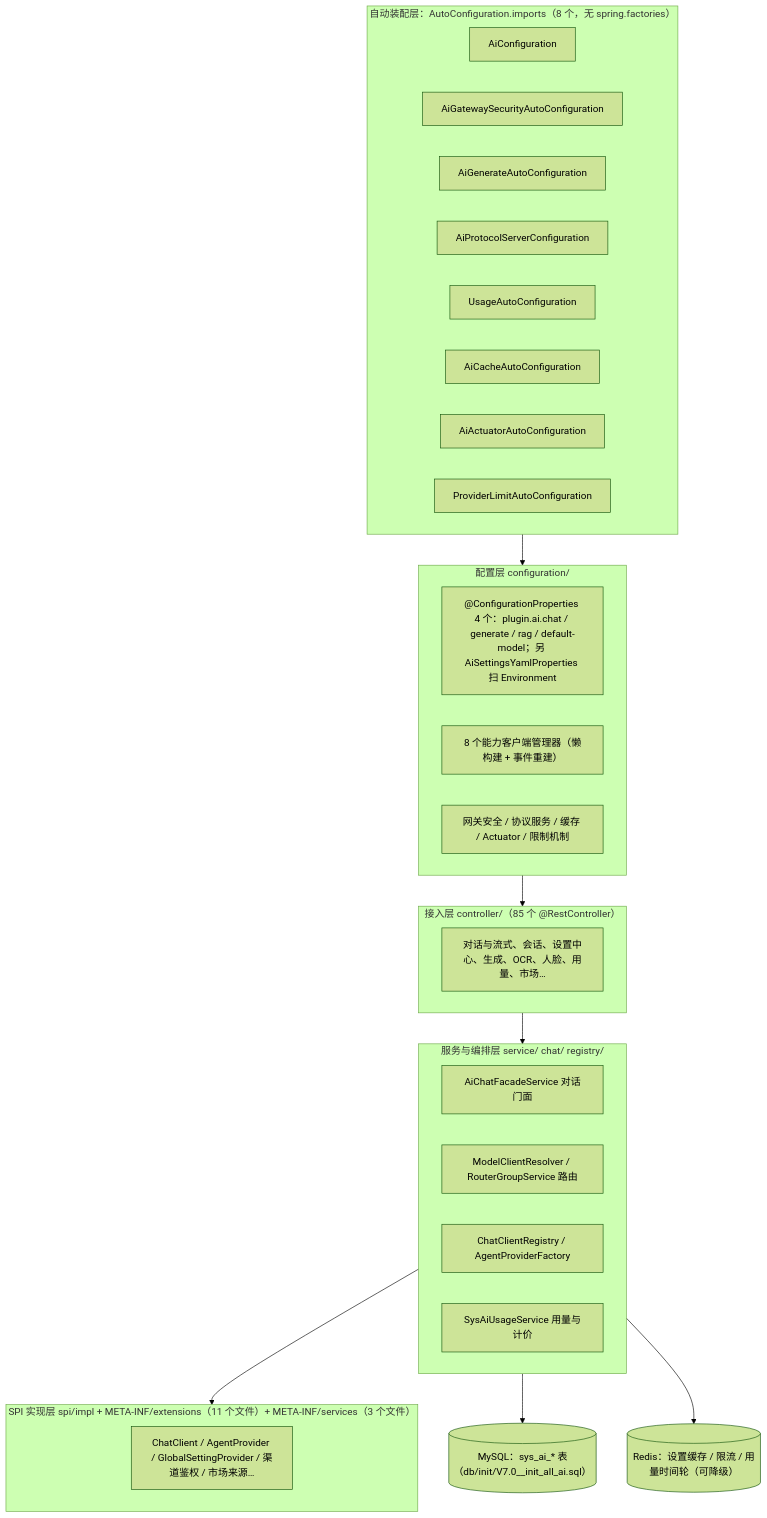
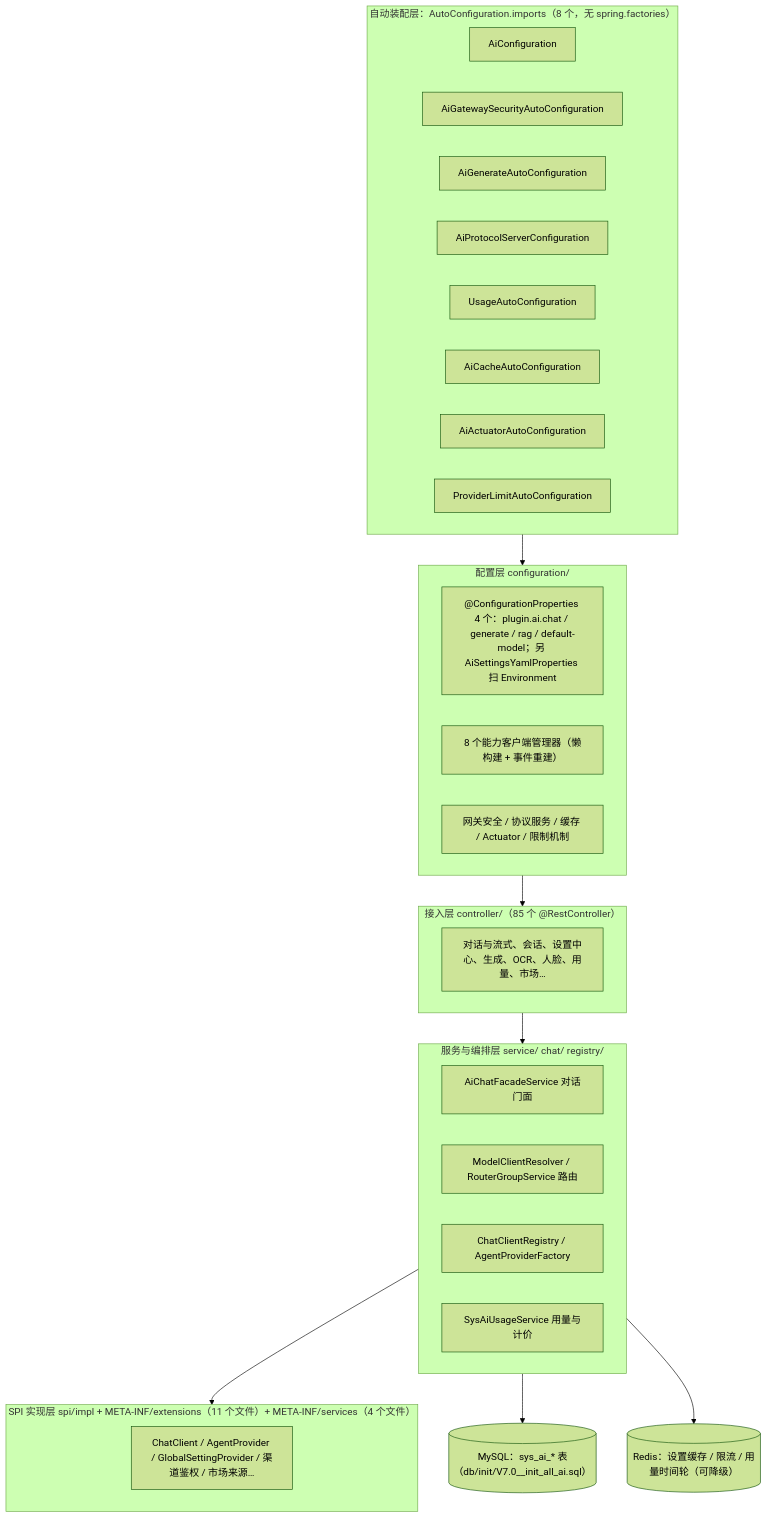
Before and after one commit to CHTK001/spring-support-parent-starter: the second of 5 diagrams in spring-support-ai-starter/README.md, drawn with Mermaid (forest theme). The commit also changed other lines of this file and 7 other files, not shown here.

````diff
--- a/spring-support-ai-starter/README.md
+++ b/spring-support-ai-starter/README.md
@@ -40,38 +40,38 @@
 ```mermaid
 flowchart TB
     subgraph auto["自动装配层：AutoConfiguration.imports（8 个，无 spring.factories）"]
         A1["AiConfiguration"]
         A2["AiGatewaySecurityAutoConfiguration"]
         A3["AiGenerateAutoConfiguration"]
         A4["AiProtocolServerConfiguration"]
         A5["UsageAutoConfiguration"]
         A6["AiCacheAutoConfiguration"]
         A7["AiActuatorAutoConfiguration"]
         A8["ProviderLimitAutoConfiguration"]
     end
     subgraph cfg["配置层 configuration/"]
         P["@ConfigurationProperties 4 个：plugin.ai.chat / generate / rag / default-model；另 AiSettingsYamlProperties 扫 Environment"]
         CM["8 个能力客户端管理器（懒构建 + 事件重建）"]
         SUB["网关安全 / 协议服务 / 缓存 / Actuator / 限制机制"]
     end
     subgraph web["接入层 controller/（85 个 @RestController）"]
         C["对话与流式、会话、设置中心、生成、OCR、人脸、用量、市场…"]
     end
     subgraph svc["服务与编排层 service/ chat/ registry/"]
         F["AiChatFacadeService 对话门面"]
         R["ModelClientResolver / RouterGroupService 路由"]
         REG["ChatClientRegistry / AgentProviderFactory"]
         U["SysAiUsageService 用量与计价"]
     end
-    subgraph spi["SPI 实现层 spi/impl + META-INF/extensions（11 个文件）+ META-INF/services（3 个文件）"]
+    subgraph spi["SPI 实现层 spi/impl + META-INF/extensions（11 个文件）+ META-INF/services（4 个文件）"]
         S["ChatClient / AgentProvider / GlobalSettingProvider / 渠道鉴权 / 市场来源…"]
     end
     DB[("MySQL：sys_ai_* 表（db/init/V7.0__init_all_ai.sql）")]
     RD[("Redis：设置缓存 / 限流 / 用量时间轮（可降级）")]
     auto --> cfg
     cfg --> web
     web --> svc
     svc --> spi
     svc --> DB
     svc --> RD
 ```
````
